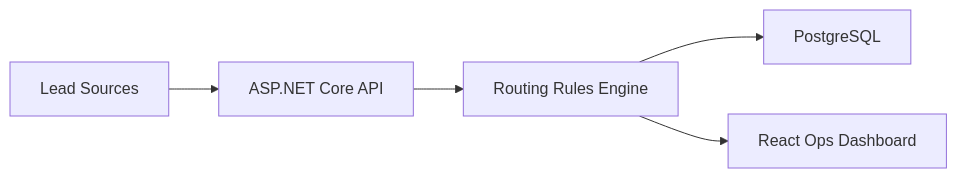
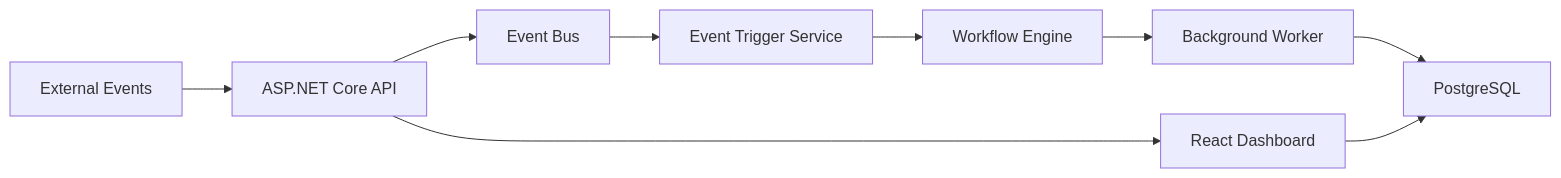
The diagram in README.md (dsantoreis/dotnetflow), drawn with Mermaid before and after one commit. The commit also changed other lines of this file, not shown here.

Commit message:
docs: expand README with API examples, project structure, and stack table

````diff
--- a/README.md
+++ b/README.md
@@ -19,7 +50,11 @@
 ```mermaid
 flowchart LR
-  A[Lead Sources] --> B[ASP.NET Core API]
-  B --> C[Routing Rules Engine]
-  C --> D[PostgreSQL]
-  C --> E[React Ops Dashboard]
+  A[External Events] --> B[ASP.NET Core API]
+  B --> C[Event Bus]
+  C --> D[Event Trigger Service]
+  D --> E[Workflow Engine]
+  E --> F[Background Worker]
+  F --> G[PostgreSQL]
+  B --> H[React Dashboard]
+  H --> G
 ```
````
